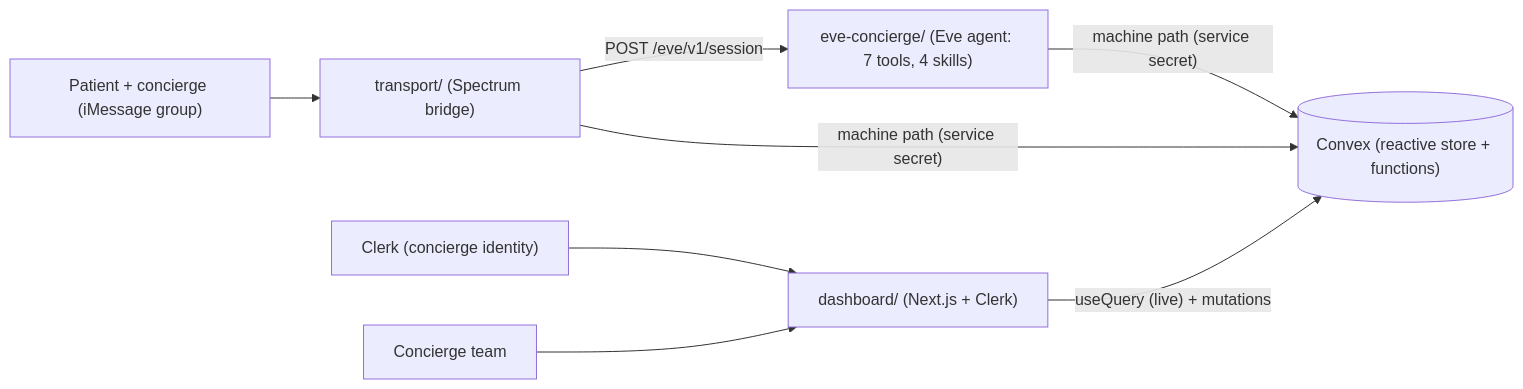
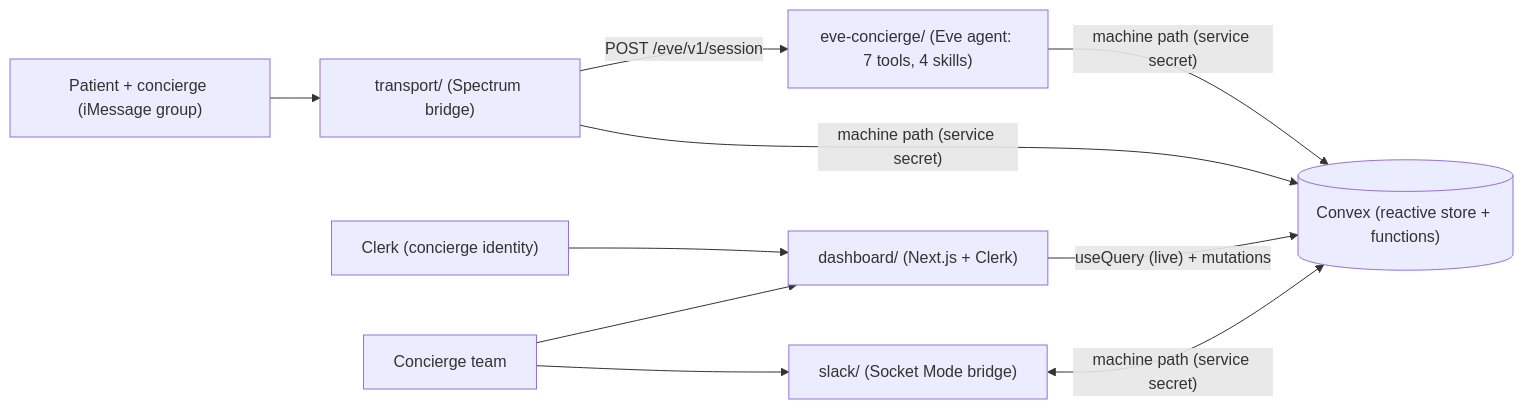
Before and after one commit to raztronaut/essos-ai-health-concierge: the diagram in README.md, drawn with Mermaid. The commit also changed other lines of this file and 28 other files, not shown here.

First line of the commit message:
feat(slack): staff-facing Slack concierge bridge

````diff
--- a/README.md
+++ b/README.md
@@ -13,12 +13,14 @@
 ```mermaid
 flowchart LR
   Patient["Patient + concierge (iMessage group)"] --> Transport
   Transport["transport/ (Spectrum bridge)"] -->|"POST /eve/v1/session"| Eve
   Eve["eve-concierge/ (Eve agent: 7 tools, 4 skills)"] -->|"machine path (service secret)"| Convex
   %% built-in bash/web_fetch/etc. tools are disabled for the patient-facing agent (ADR 009)
   Transport -->|"machine path (service secret)"| Convex
   Convex[("Convex (reactive store + functions)")]
   Dashboard["dashboard/ (Next.js + Clerk)"] -->|"useQuery (live) + mutations"| Convex
+  Slack["slack/ (Socket Mode bridge)"] <-->|"machine path (service secret)"| Convex
   Clerk["Clerk (concierge identity)"] --> Dashboard
   Human["Concierge team"] --> Dashboard
+  Human --> Slack
 ```
````
